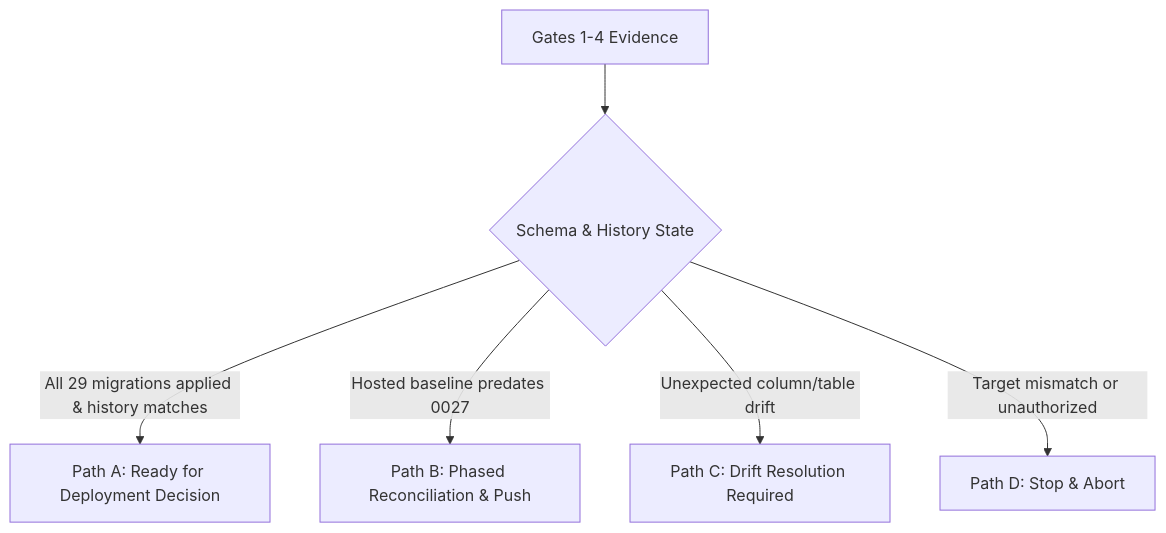
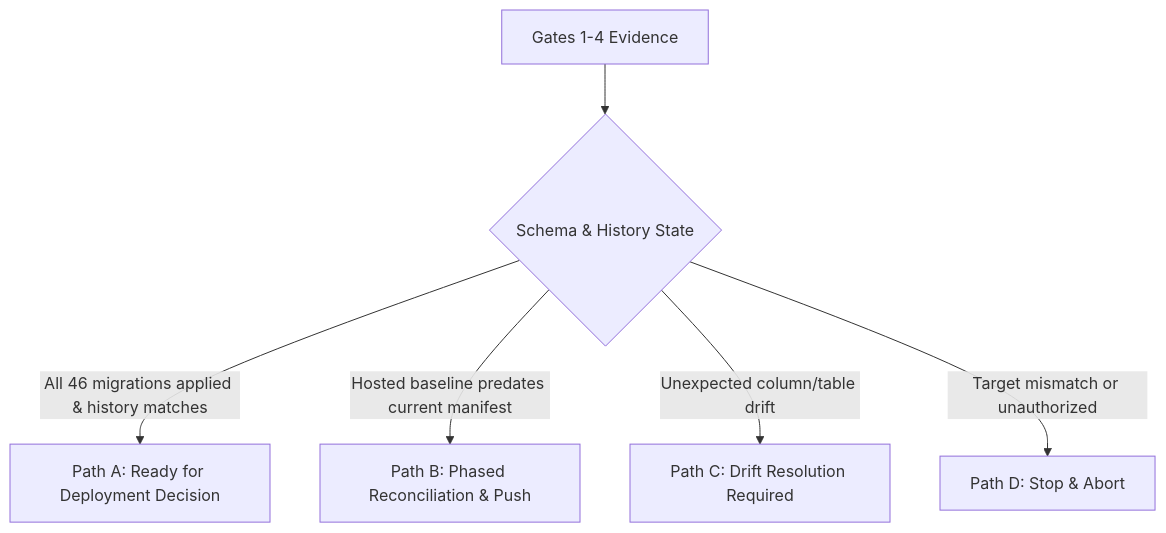
Before and after one commit to acmis1/capstone-impact-platform: the diagram in infra/supabase/staging-reconciliation-runbook.md, drawn with Mermaid. The commit also changed other lines of this file and 17 other files, not shown here.

````diff
--- a/infra/supabase/staging-reconciliation-runbook.md
+++ b/infra/supabase/staging-reconciliation-runbook.md
@@ -145,8 +163,8 @@
 ```mermaid
 flowchart TD
     G[Gates 1-4 Evidence] --> C{Schema & History State}
-    C -->|All 29 migrations applied & history matches| PA[Path A: Ready for Deployment Decision]
-    C -->|Hosted baseline predates 0027| PB[Path B: Phased Reconciliation & Push]
+    C -->|All 46 migrations applied & history matches| PA[Path A: Ready for Deployment Decision]
+    C -->|Hosted baseline predates current manifest| PB[Path B: Phased Reconciliation & Push]
     C -->|Unexpected column/table drift| PC[Path C: Drift Resolution Required]
     C -->|Target mismatch or unauthorized| PD[Path D: Stop & Abort]
 ```
````
